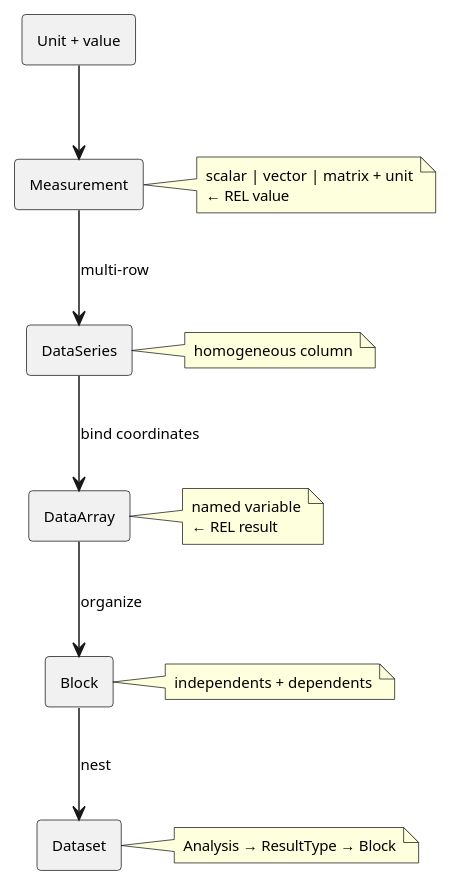
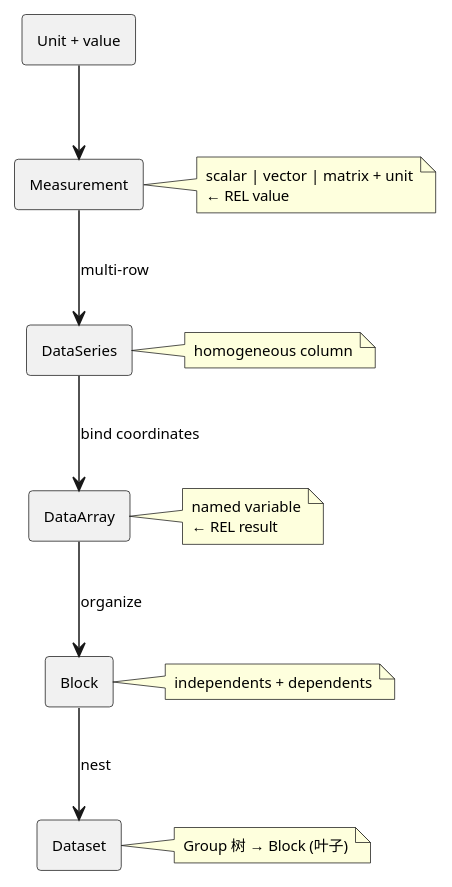
Before and after one commit to smile-zyk/xdataset: the second of 2 diagrams in docs/Architecture.md, drawn with PlantUML. The commit also changed other lines of this file and 4 other files, not shown here.

First line of the commit message:
Refactor Dataset to tree-based Group/Block structure

````diff
--- a/docs/Architecture.md
+++ b/docs/Architecture.md
@@ -174,21 +186,21 @@
 ```plantuml
 @startuml
 skinparam componentStyle rectangle
 skinparam defaultFontSize 10
 
 [Unit + value] --> [Measurement]
 note right of Measurement : scalar | vector | matrix + unit\n← REL value
 
 [Measurement] --> [DataSeries] : multi-row
 note right of DataSeries : homogeneous column
 
 [DataSeries] --> [DataArray] : bind coordinates
 note right of DataArray : named variable\n← REL result
 
 [DataArray] --> [Block] : organize
 note right of Block : independents + dependents
 
 [Block] --> [Dataset] : nest
-note right of Dataset : Analysis → ResultType → Block
+note right of Dataset : Group 树 → Block (叶子)
 @enduml
 ```
````
